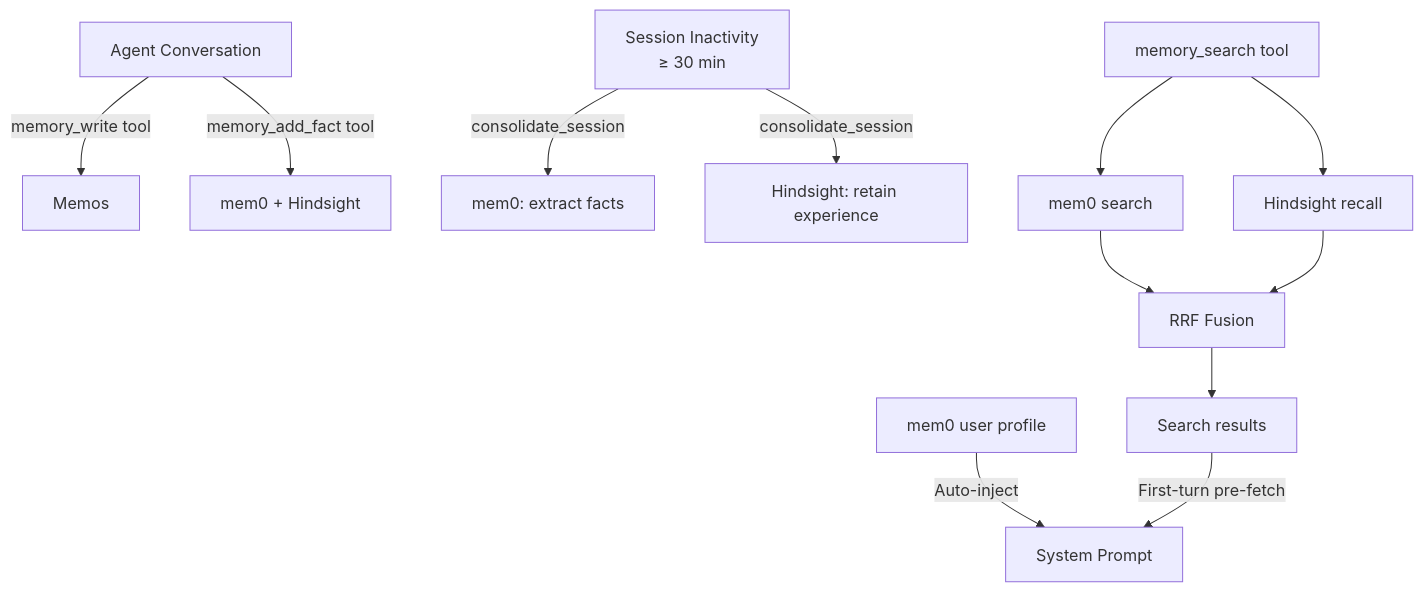
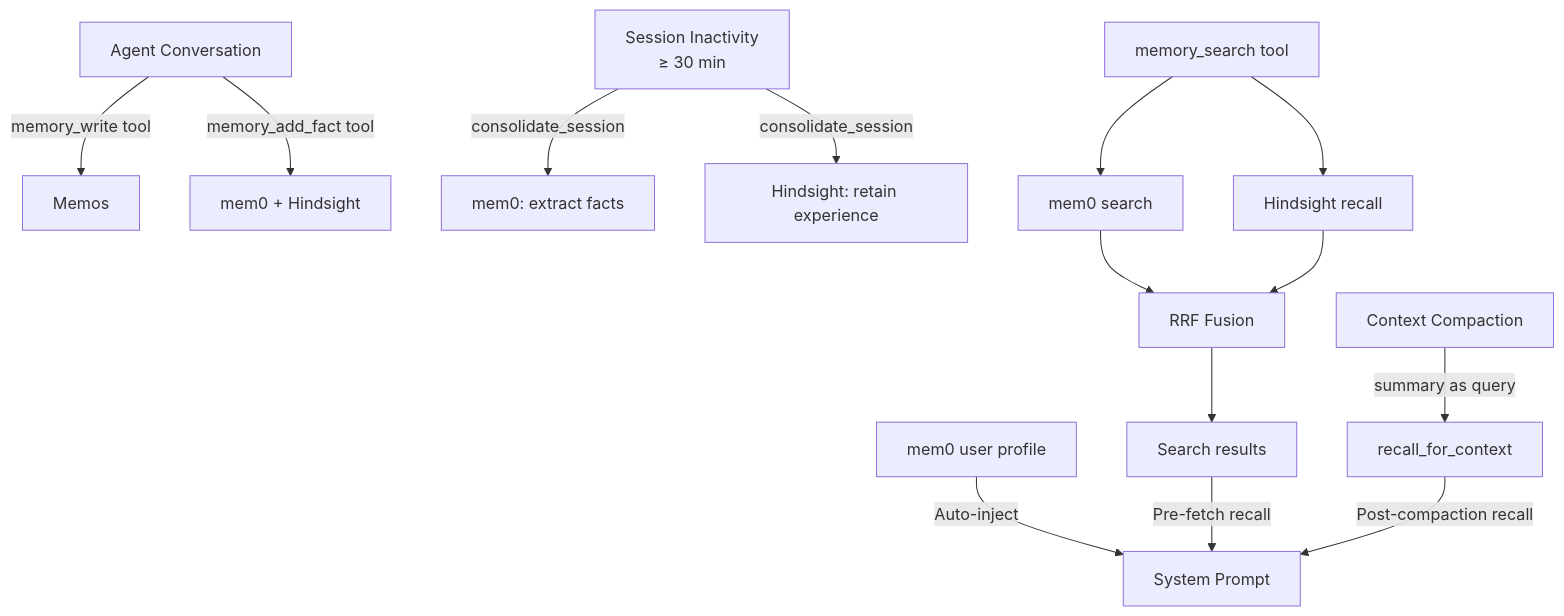
The diagram in docs/src/memory-system.md (rararulab/rara), drawn with Mermaid before and after one commit. The commit also changed other lines of this file and 4 other files, not shown here.

First line of the commit message:
feat(memory): add post-compaction recall and per-turn recall config (#319)

````diff
--- a/docs/src/memory-system.md
+++ b/docs/src/memory-system.md
@@ -7,17 +7,19 @@
 ```mermaid
 graph TD
     A[Agent Conversation] -->|memory_write tool| B[Memos]
     A -->|memory_add_fact tool| C[mem0 + Hindsight]
 
     D[Session Inactivity<br/>≥ 30 min] -->|consolidate_session| E[mem0: extract facts]
     D -->|consolidate_session| F[Hindsight: retain experience]
 
     G[memory_search tool] --> H[mem0 search]
     G --> I[Hindsight recall]
     H --> J[RRF Fusion]
     I --> J
     J --> K[Search results]
 
     L[mem0 user profile] -->|Auto-inject| M[System Prompt]
-    K -->|First-turn pre-fetch| M
+    K -->|Pre-fetch recall| M
+    N[Context Compaction] -->|summary as query| O[recall_for_context]
+    O -->|Post-compaction recall| M
 ```
````
